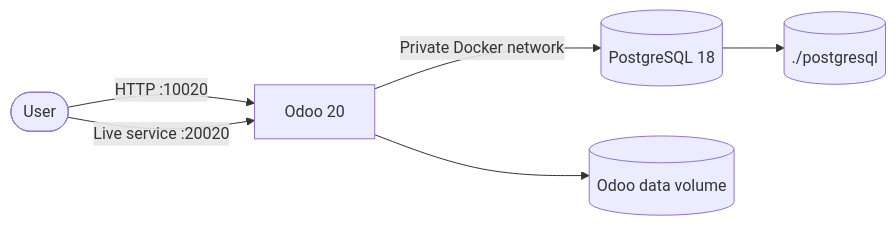
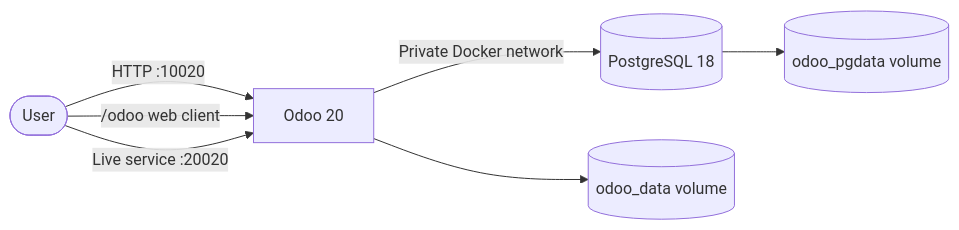
The first of 3 diagrams in README.md (abdalazeim/InstallingOdoo20-Docker-Deployment), drawn with Mermaid before and after one commit. The commit also changed other lines of this file and 6 other files, not shown here.

````diff
--- a/README.md
+++ b/README.md
@@ -55,8 +62,9 @@
 ```mermaid
 flowchart LR
     U([User]) -->|HTTP :10020| O[Odoo 20]
+    U -->|/odoo web client| O
     U -->|Live service :20020| O
     O -->|Private Docker network| D[(PostgreSQL 18)]
-    O --> F[(Odoo data volume)]
-    D --> P[(./postgresql)]
+    O --> F[(odoo_data volume)]
+    D --> P[(odoo_pgdata volume)]
 ```
````
